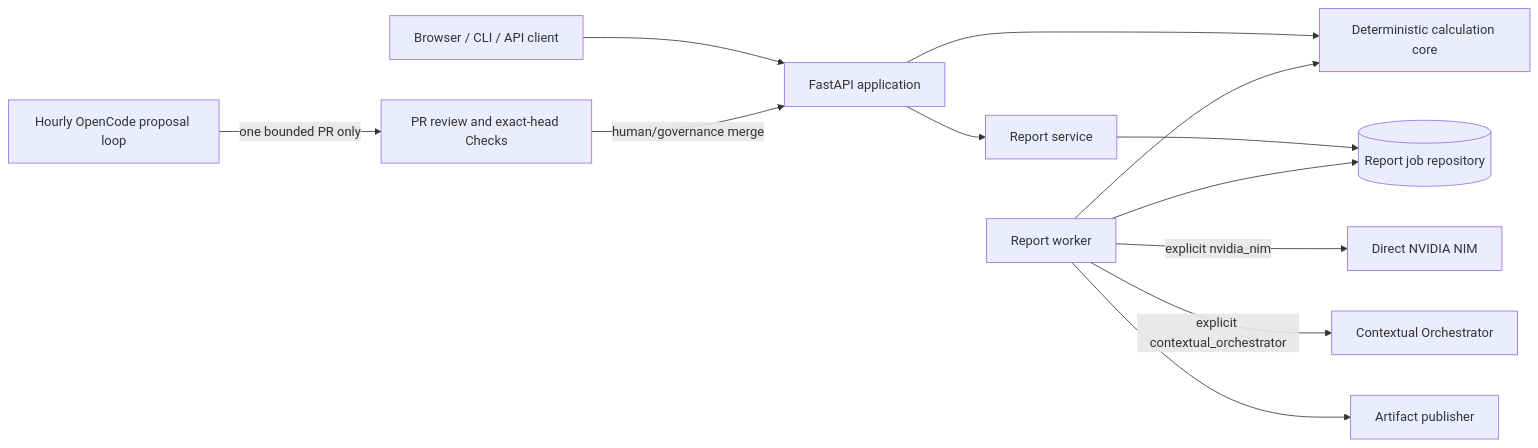
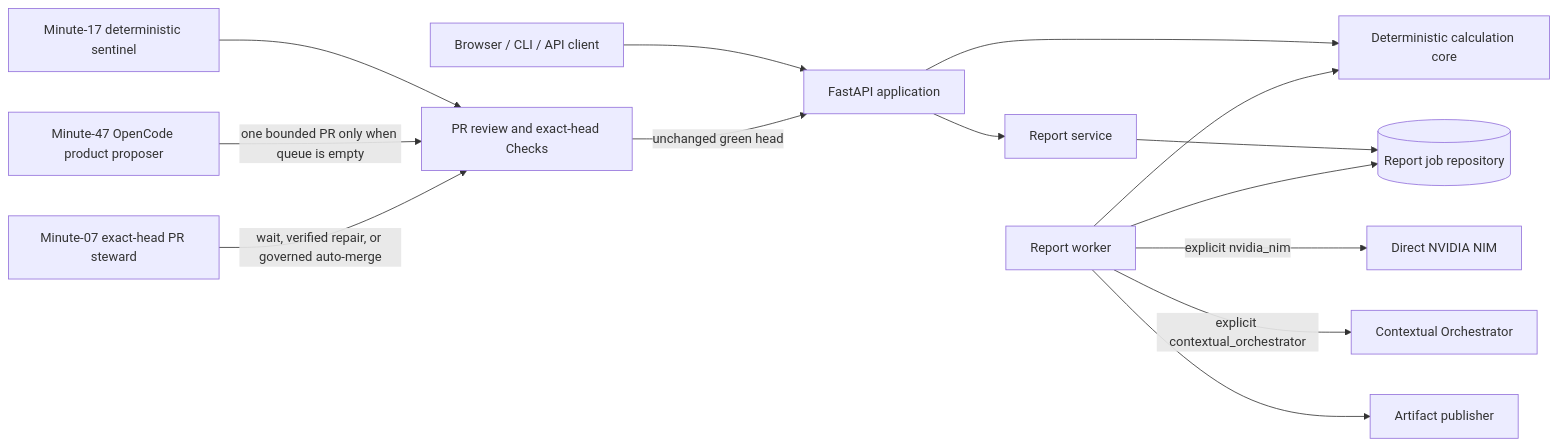
Before and after one commit to ContextualWisdomLab/four-pillars: the first of 2 diagrams in ARCHITECTURE.md, drawn with Mermaid. The commit also changed other lines of this file, not shown here.

Commit message:
docs: diagram the exact-head steward control plane

````diff
--- a/ARCHITECTURE.md
+++ b/ARCHITECTURE.md
@@ -24,26 +27,30 @@
 ```mermaid
 flowchart LR
     User[Browser / CLI / API client]
     API[FastAPI application]
     Calc[Deterministic calculation core]
     Service[Report service]
     Queue[(Report job repository)]
     Artifacts[Artifact publisher]
     NIM[Direct NVIDIA NIM]
     CO[Contextual Orchestrator]
     Worker[Report worker]
     Review[PR review and exact-head Checks]
-    Hourly[Hourly OpenCode proposal loop]
+    Quality[Minute-17 deterministic sentinel]
+    Product[Minute-47 OpenCode product proposer]
+    Steward[Minute-07 exact-head PR steward]
 
     User --> API
     API --> Calc
     API --> Service
     Service --> Queue
     Worker --> Queue
     Worker --> Calc
     Worker -->|explicit nvidia_nim| NIM
     Worker -->|explicit contextual_orchestrator| CO
     Worker --> Artifacts
-    Hourly -->|one bounded PR only| Review
-    Review -->|human/governance merge| API
+    Quality --> Review
+    Product -->|one bounded PR only when queue is empty| Review
+    Steward -->|wait, verified repair, or governed auto-merge| Review
+    Review -->|unchanged green head| API
 ```
````
